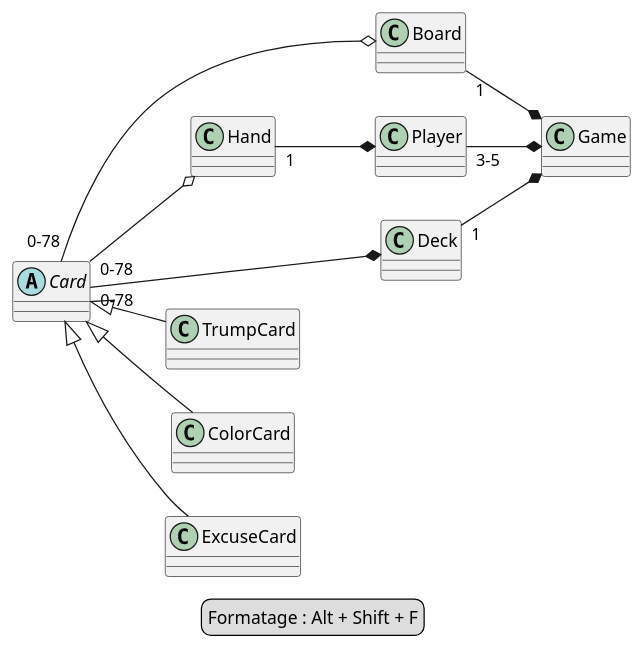
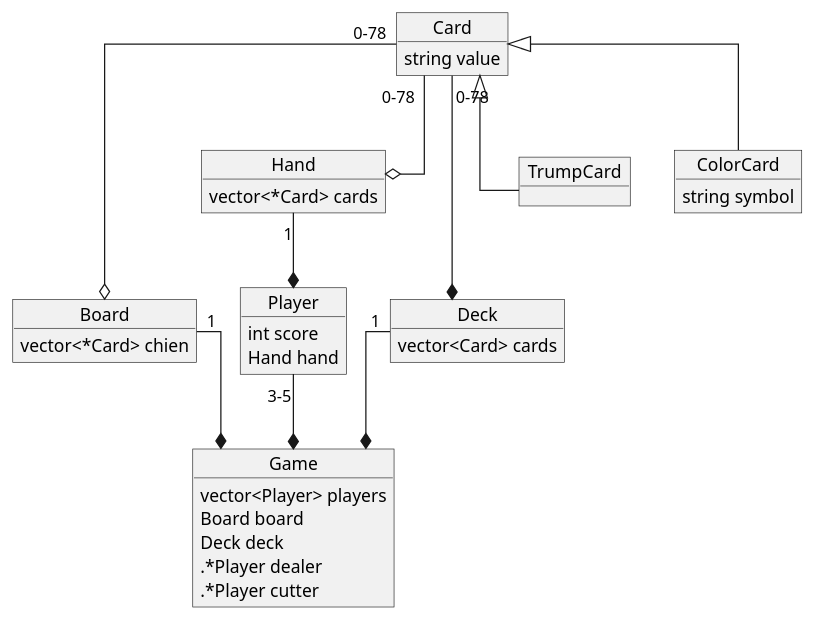
One commit to Alexis-Devillard/french_tarot changed the diagram in UML/design.wsd. Above: the diagram before and after it, drawn with PlantUML. The commit also changed 2 other files, not shown here.

Commit message:
Compilation setup for Cmake tools + UML

```diff
--- a/UML/design.wsd
+++ b/UML/design.wsd
@@ -1,35 +1,51 @@
 @startuml TarotClassDiag
 
-legend
-    Formatage : Alt + Shift + F
-end legend
+top to bottom direction
+skinparam linetype ortho
 
-left to right direction
-skinparam PackageStyle rect
+' ======== Definition classes =========
+object Game
+object Board
+object Player
+object Hand
+object Deck
+object Card
+object TrumpCard
+object ColorCard
 
-class Game
-class Board
-class Player
-class Hand
-class Deck
-abstract Card
-class TrumpCard
-class ColorCard
-class ExcuseCard
-
+' ======== Definition liaisons =========
 Card "0-78" --* Deck
 Card "0-78" --o Hand
 
 Hand "1" --* Player
 
 Deck "1" --* Game
 Board "1" --* Game
 Player "3-5" --* Game
 
 Card "0-78" --o Board
 
 Card <|-- TrumpCard
 Card <|-- ColorCard
-Card <|-- ExcuseCard
+
+' ======== Definition attributs =========
+Card : string value
+ColorCard : string symbol
+
+Deck : vector<Card> cards
+
+Player : int score
+Player : Hand hand
+
+Hand : vector<*Card> cards
+
+Board : vector<*Card> chien
+
+Game : vector<Player> players
+Game : Board board
+Game : Deck deck
+Game : .*Player dealer
+Game : .*Player cutter
+
 
 @enduml
```
